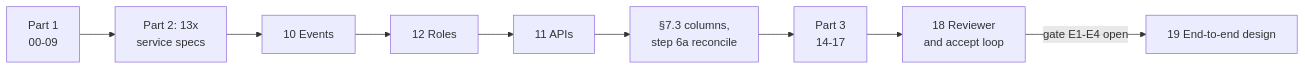
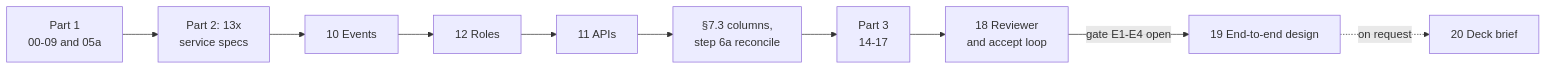
Before and after one commit to mhshahin01/builders-skills: the fifth of 7 diagrams in README.md, drawn with Mermaid. The commit also changed other lines of this file and 78 other files, not shown here.

````diff
--- a/README.md
+++ b/README.md
@@ -380,6 +388,7 @@
 ```mermaid
 flowchart LR
-    p1["Part 1<br/>00-09"] --> s13["Part 2: 13x<br/>service specs"] --> s10["10 Events"] --> s12["12 Roles"] --> s11["11 APIs"] --> rec["§7.3 columns,<br/>step 6a reconcile"]
+    p1["Part 1<br/>00-09 and 05a"] --> s13["Part 2: 13x<br/>service specs"] --> s10["10 Events"] --> s12["12 Roles"] --> s11["11 APIs"] --> rec["§7.3 columns,<br/>step 6a reconcile"]
     rec --> p3["Part 3<br/>14-17"] --> r["18 Reviewer<br/>and accept loop"]
     r -->|"gate E1-E4 open"| e2e["19 End-to-end design"]
+    e2e -.->|"on request"| deck["20 Deck brief"]
 ```
````
